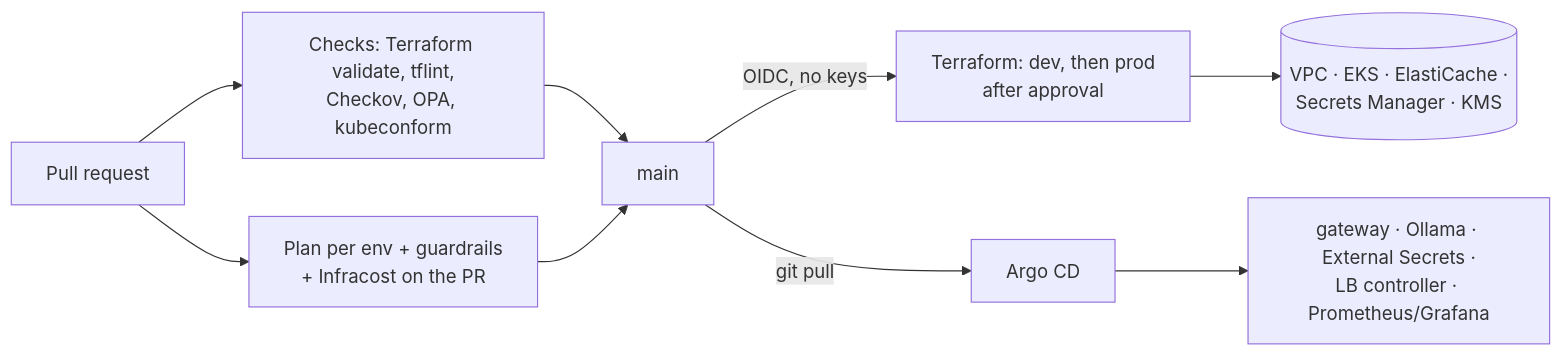
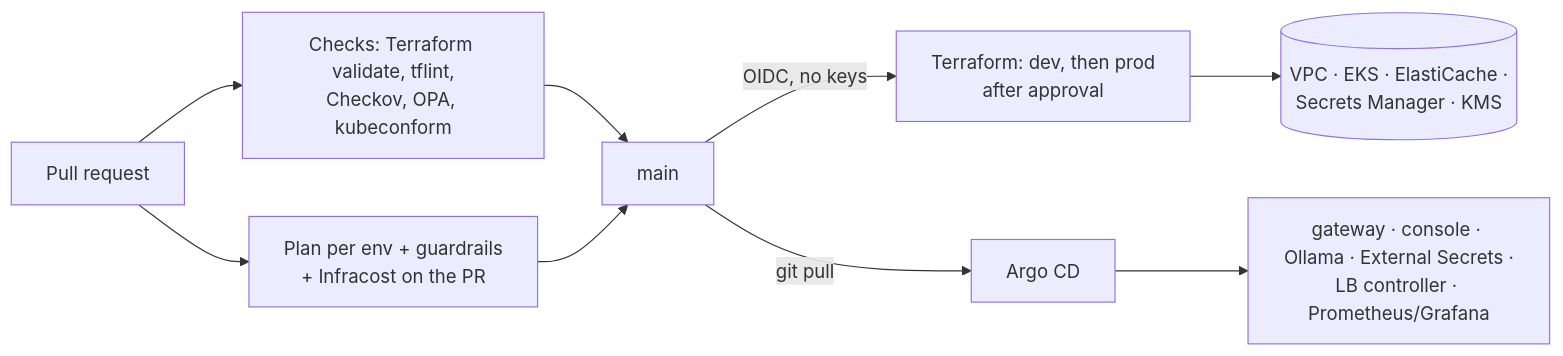
Before and after one commit to sillykea/llm-gateway-platform: the diagram in README.md, drawn with Mermaid. The commit also changed other lines of this file and 3 other files, not shown here.

Commit message:
Docs: ADR 0007, runbook and architecture for the console

````diff
--- a/README.md
+++ b/README.md
@@ -9,10 +9,10 @@
 ```mermaid
 flowchart LR
     Dev[Pull request] --> CI[Checks: Terraform validate, tflint,<br/>Checkov, OPA, kubeconform]
     Dev --> Plan[Plan per env + guardrails<br/>+ Infracost on the PR]
     CI & Plan --> Main[main]
     Main -->|OIDC, no keys| TF[Terraform: dev, then prod<br/>after approval]
     Main -->|git pull| Argo[Argo CD]
     TF --> AWS[(VPC · EKS · ElastiCache ·<br/>Secrets Manager · KMS)]
-    Argo --> K8s[gateway · Ollama · External Secrets ·<br/>LB controller · Prometheus/Grafana]
+    Argo --> K8s[gateway · console · Ollama · External Secrets ·<br/>LB controller · Prometheus/Grafana]
 ```
````
